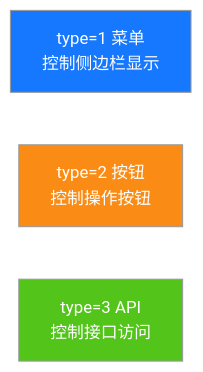
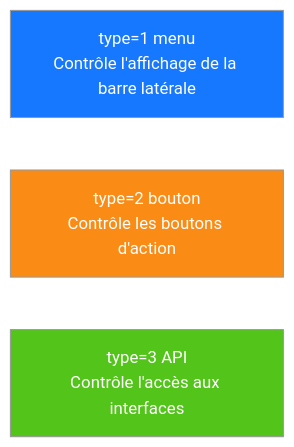
Before and after one commit to erikwang2013/game-platform-php: the third of 3 diagrams in admin/docs/diagrams/05-rbac-model.fr.md, drawn with Mermaid (neutral theme). The commit also changed other lines of this file and 211 other files, not shown here.

First line of the commit message:
fix: 支付配置读回类型根治、提现事件对账巡检，12 语族 mermaid 与 API 标签本地化

````diff
--- a/admin/docs/diagrams/05-rbac-model.fr.md
+++ b/admin/docs/diagrams/05-rbac-model.fr.md
@@ -64,10 +64,10 @@
 ```mermaid
 flowchart LR
-    t1["type=1 菜单<br/>控制侧边栏显示"]
-    t2["type=2 按钮<br/>控制操作按钮"]
-    t3["type=3 API<br/>控制接口访问"]
+    t1["type=1 menu<br/>Contrôle l'affichage de la barre latérale"]
+    t2["type=2 bouton<br/>Contrôle les boutons d'action"]
+    t3["type=3 API<br/>Contrôle l'accès aux interfaces"]
 
     style t1 fill:#1677FF,color:#fff
     style t2 fill:#FA8C16,color:#fff
     style t3 fill:#52C41A,color:#fff
 ```
````
